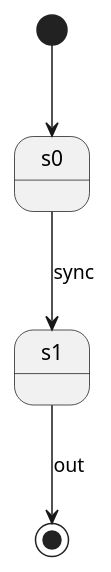
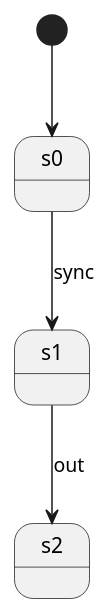
The diagram in examples/out.puml (Kuniwak/puml-parallel), drawn with PlantUML before and after one commit. The commit also changed 3 other files, not shown here.

```diff
--- a/examples/out.puml
+++ b/examples/out.puml
@@ -1,10 +1,11 @@
 @startuml
 
 state "s0" as s0
 state "s1" as s1
+state "s2" as s2
 
 [*] --> s0
 s0 --> s1 : sync
-s1 --> [*] : out
+s1 --> s2 : out
 
 @enduml
```
